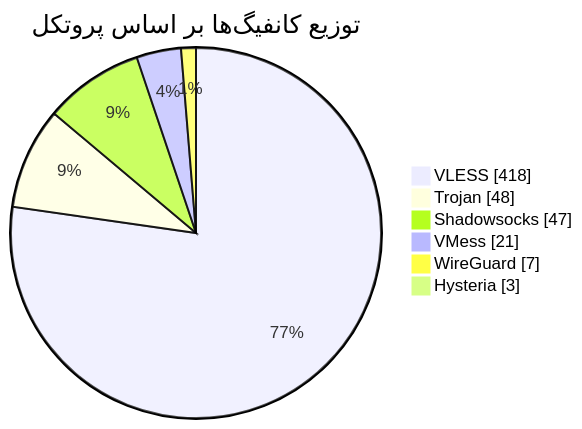
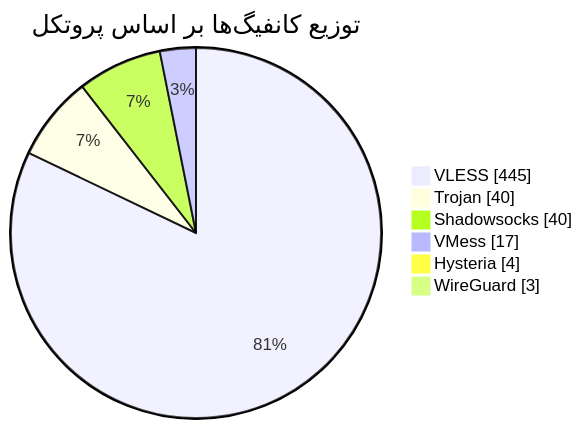
The diagram in README.md (Arian-Alijani/Somthing), drawn with Mermaid before and after one commit. The commit also changed other lines of this file and 71 other files, not shown here.

````diff
--- a/README.md
+++ b/README.md
@@ -48,10 +48,10 @@
 ```mermaid
 pie showData
     title توزیع کانفیگ‌ها بر اساس پروتکل
-    "VLESS" : 418
-    "Trojan" : 48
-    "Shadowsocks" : 47
-    "VMess" : 21
-    "WireGuard" : 7
-    "Hysteria" : 3
+    "VLESS" : 445
+    "Trojan" : 40
+    "Shadowsocks" : 40
+    "VMess" : 17
+    "Hysteria" : 4
+    "WireGuard" : 3
 ```
````
